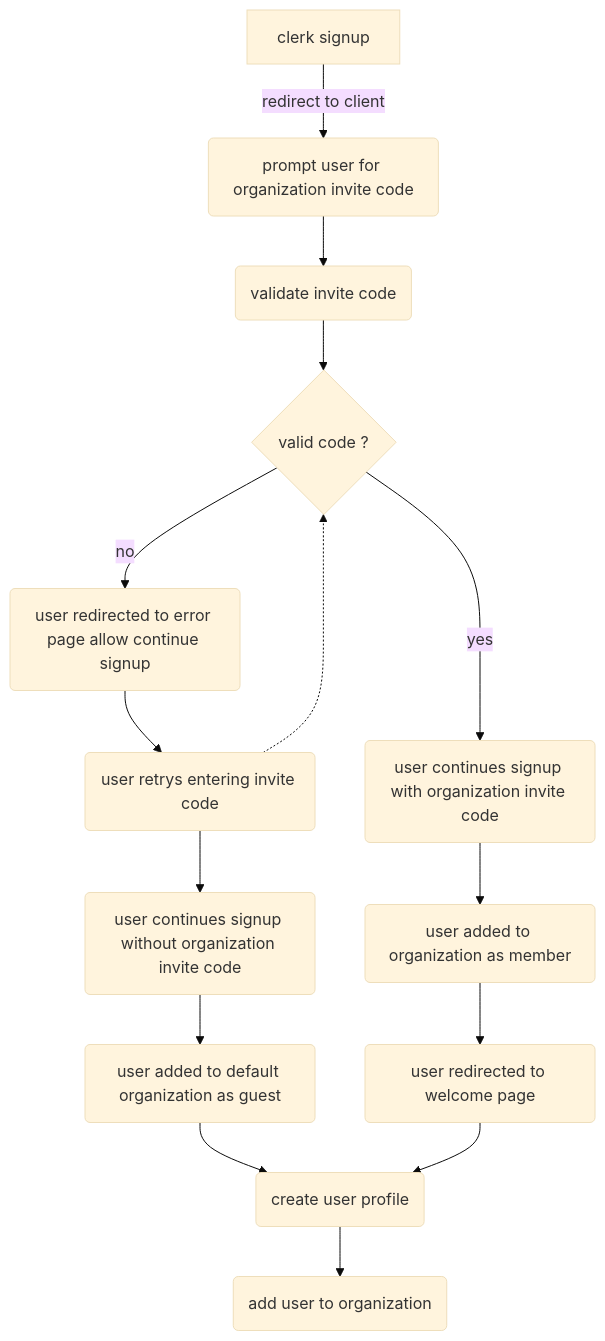
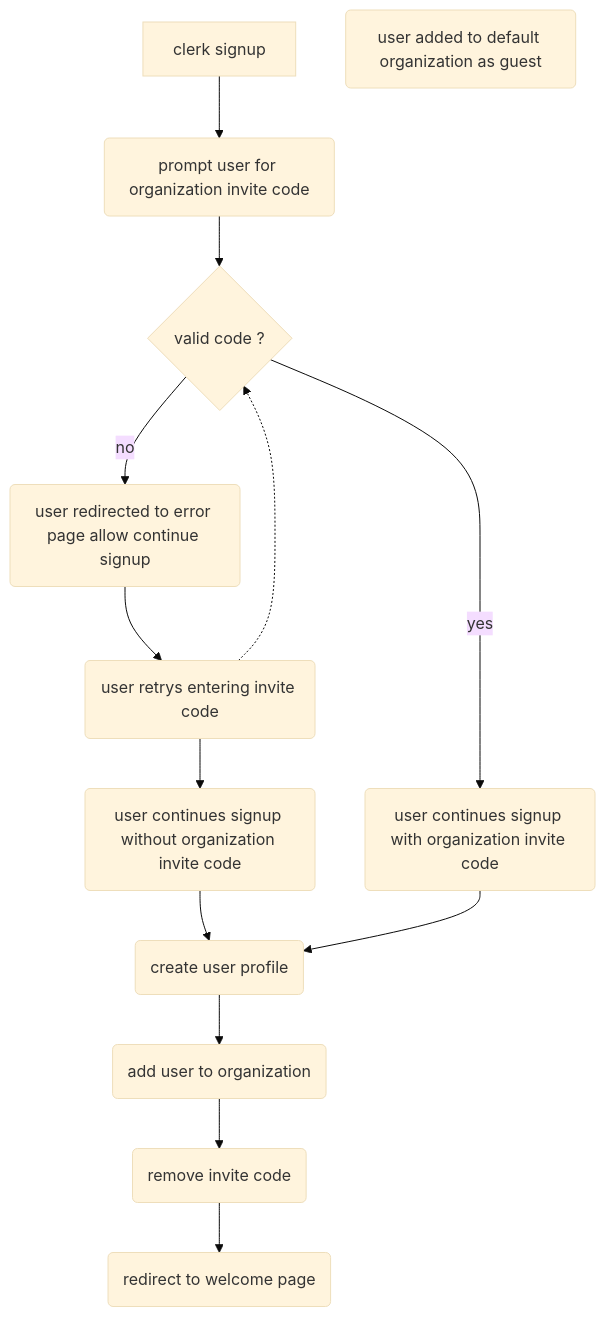
One commit to jesusdoza/repair-reports changed the diagram in diagrams/usersignupflow.mmd. Above: the diagram before and after it, drawn with Mermaid (base theme).

Commit message:
add user signup flow

```diff
--- a/diagrams/usersignupflow.mmd
+++ b/diagrams/usersignupflow.mmd
@@ -1,41 +1,24 @@
 flowchart TD
-A[clerk signup] 
-B1(prompt user for organization invite code)
-B2(validate invite code)
+A[clerk signup] --> B1
+B1(prompt user for organization invite code) -->c1
+c1{valid code ?}-->|yes|d1
 
 
-c1{valid code ?}
-c2(user redirected to error page allow continue signup)
-c31(user retrys entering invite code)
+c1-->|no|c2
+c2(user redirected to error page allow continue signup)-->c31
+c31(user retrys entering invite code) -->c3
+c31-.->c1
 c3(user continues signup without organization invite code)
-c4(user added to default organization as guest)
-
-d1(user continues signup with organization invite code)
-d2(user added to organization as member)
-d3(user redirected to welcome page)
-
-B10(create user profile)
-C(add user to organization)
+c3 --> e10
 
 
-    A -->|redirect to client| B1
-    B1 --> B2
-    B2 --> c1
-    %% Decision: is the code valid?
-    c1 -->|yes| d1
-    c1 -->|no| c2 
-    %% invlalid code path
-    c2 --> c31
-    c31 -.-> c1
-    c31 --> c3
-    c3 --> c4
-    c4 --> B10
-
-    %% valid code path
-    d1 --> d2
-    d2 --> d3
-    d3 --> B10
+c4(user added to default organization as guest)
+d1(user continues signup with organization invite code)
+d1 --> e10
 
 
-    %% user profile creation and organization addition
-    B10 --> C
+e10(create user profile)-->e11
+e11(add user to organization)-->e12
+e12(remove invite code)-->e13
+
+e13(redirect to welcome page)
```
